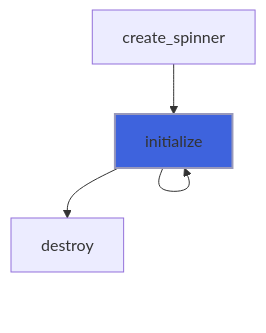
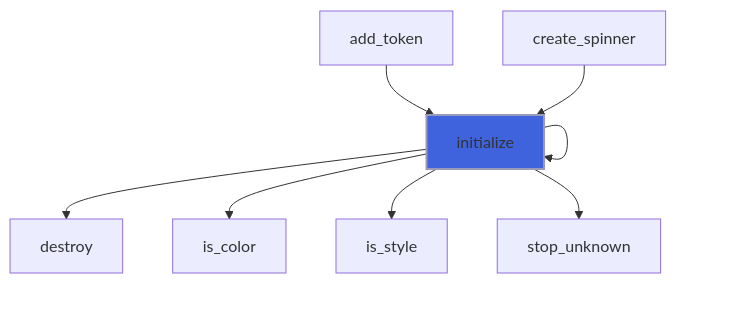
One commit to szaghi/forbear changed the third of 7 diagrams in docs/api/src/lib/forbear_element_object.md. Above: the diagram before and after it, drawn with Mermaid. The commit also changed other lines of this file and 51 other files, not shown here.

````diff
--- a/docs/api/src/lib/forbear_element_object.md
+++ b/docs/api/src/lib/forbear_element_object.md
@@ -94,7 +96,11 @@
 ```mermaid
 flowchart TD
+  add_token["add_token"] --> initialize["initialize"]
   create_spinner["create_spinner"] --> initialize["initialize"]
   initialize["initialize"] --> initialize["initialize"]
   initialize["initialize"] --> destroy["destroy"]
+  initialize["initialize"] --> is_color["is_color"]
+  initialize["initialize"] --> is_style["is_style"]
+  initialize["initialize"] --> stop_unknown["stop_unknown"]
   style initialize fill:#3e63dd,stroke:#99b,stroke-width:2px
 ```
````
